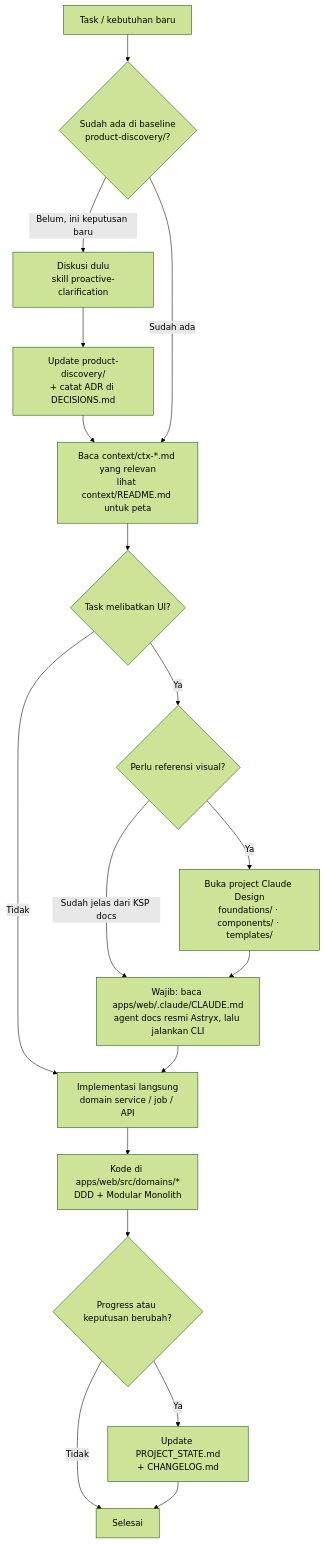
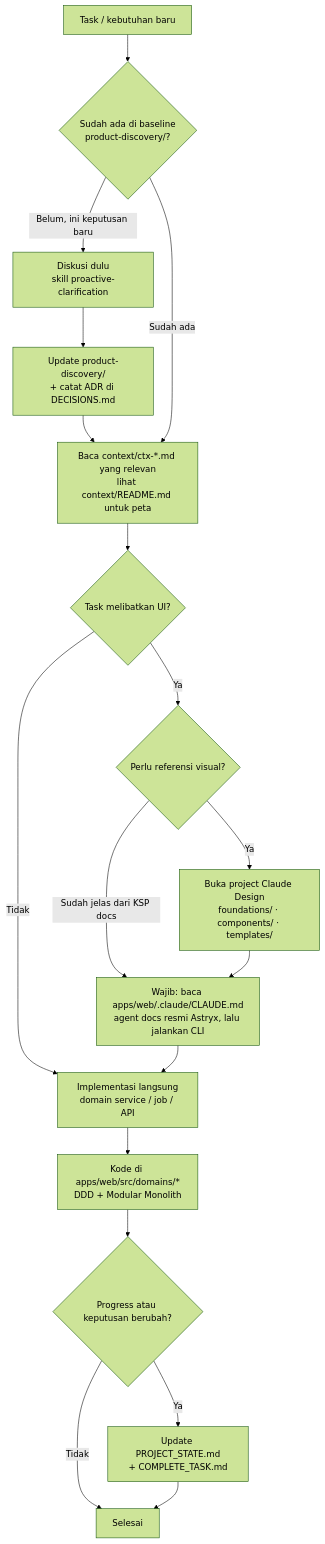
The first of 3 diagrams in project-manager/DEVELOPER_WORKFLOW.md (reziSaktiva/social-media-management), drawn with Mermaid (forest theme) before and after one commit. The commit also changed 68 other files, not shown here.

````diff
--- a/project-manager/DEVELOPER_WORKFLOW.md
+++ b/project-manager/DEVELOPER_WORKFLOW.md
@@ -21,24 +21,24 @@
 ```mermaid
 flowchart TD
   A[Task / kebutuhan baru] --> B{Sudah ada di baseline<br/>product-discovery/?}
 
   B -->|Belum, ini keputusan baru| C[Diskusi dulu<br/>skill proactive-clarification]
   C --> D[Update product-discovery/<br/>+ catat ADR di DECISIONS.md]
   D --> E
   B -->|Sudah ada| E[Baca context/ctx-*.md yang relevan<br/>lihat context/README.md untuk peta]
 
   E --> F{Task melibatkan UI?}
   F -->|Tidak| K[Implementasi langsung<br/>domain service / job / API]
 
   F -->|Ya| G{Perlu referensi visual?}
   G -->|Ya| H[Buka project Claude Design<br/>foundations/ · components/ · templates/]
   G -->|Sudah jelas dari KSP docs| I
   H --> I[Wajib: baca apps/web/.claude/CLAUDE.md<br/>agent docs resmi Astryx, lalu jalankan CLI]
   I --> K
 
   K --> L[Kode di apps/web/src/domains/*<br/>DDD + Modular Monolith]
   L --> M{Progress atau keputusan berubah?}
-  M -->|Ya| N[Update PROJECT_STATE.md<br/>+ CHANGELOG.md]
+  M -->|Ya| N[Update PROJECT_STATE.md<br/>+ COMPLETE_TASK.md]
   M -->|Tidak| O[Selesai]
   N --> O[Selesai]
 ```
````
